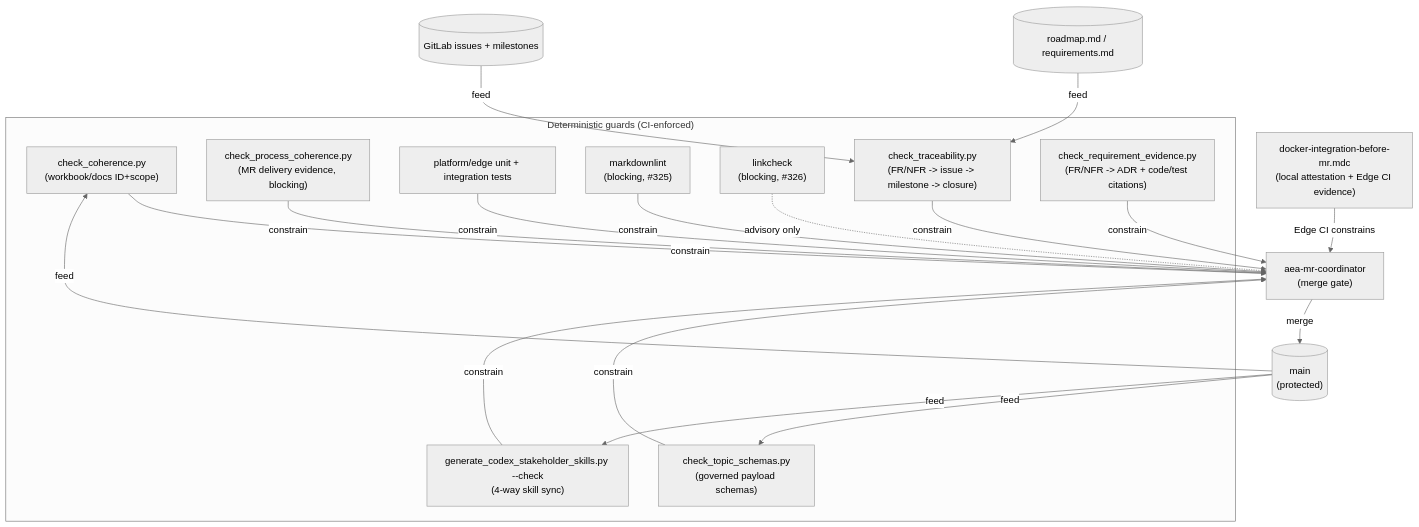
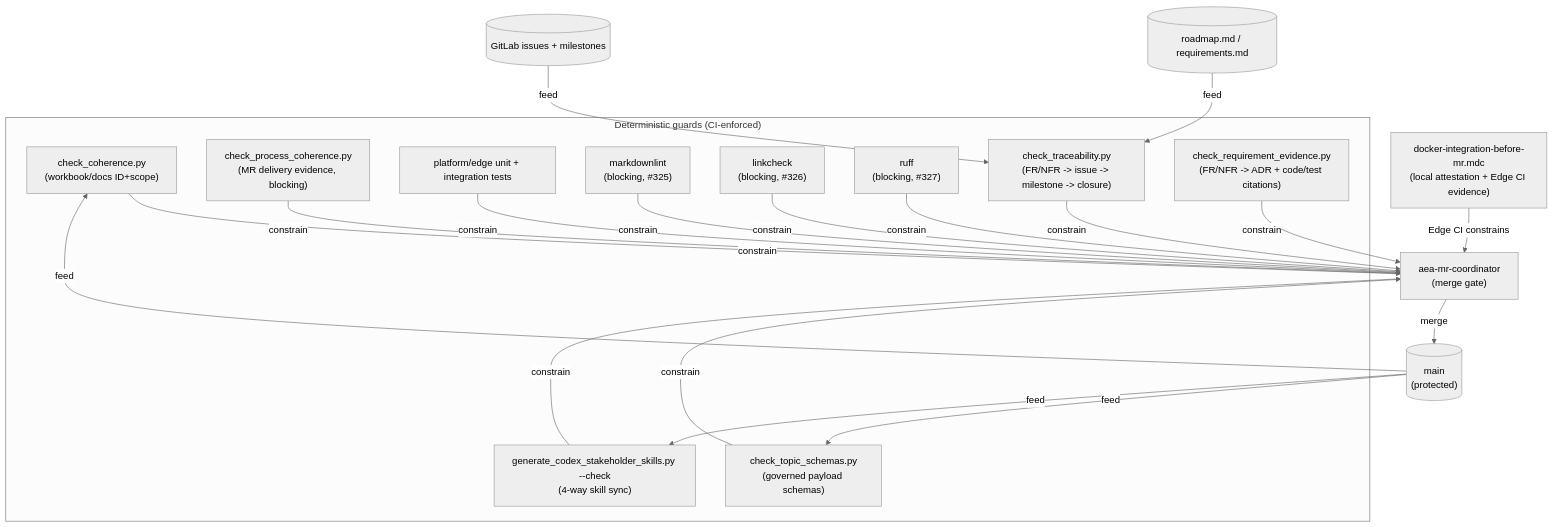
The first of 3 diagrams in research/loop-graph.md (artofdream/adaptive-experience), drawn with Mermaid (neutral theme) before and after one commit. The commit also changed other lines of this file and 25 other files, not shown here.

First line of the commit message:
ci: establish blocking Ruff baseline (#327)

````diff
--- a/research/loop-graph.md
+++ b/research/loop-graph.md
@@ -48,36 +48,38 @@
 ```mermaid
 flowchart TD
     subgraph guards["Deterministic guards (CI-enforced)"]
         CC["check_coherence.py<br/>(workbook/docs ID+scope)"]
         TS["check_topic_schemas.py<br/>(governed payload schemas)"]
         SS["generate_codex_stakeholder_skills.py --check<br/>(4-way skill sync)"]
         PC["check_process_coherence.py<br/>(MR delivery evidence, blocking)"]
         PU["platform/edge unit + integration tests"]
         LINT["markdownlint<br/>(blocking, #325)"]
         LINK["linkcheck<br/>(blocking, #326)"]
+        RUFF["ruff<br/>(blocking, #327)"]
         TRACE["check_traceability.py<br/>(FR/NFR -> issue -> milestone -> closure)"]
         EVIDENCE["check_requirement_evidence.py<br/>(FR/NFR -> ADR + code/test citations)"]
     end
     DOCKER["docker-integration-before-mr.mdc<br/>(local attestation + Edge CI evidence)"]
     MRC["aea-mr-coordinator<br/>(merge gate)"]
     MAIN[("main<br/>(protected)")]
     ROADMAP[("roadmap.md / requirements.md")]
     ISSUES[("GitLab issues + milestones")]
 
     CC -- constrain --> MRC
     TS -- constrain --> MRC
     SS -- constrain --> MRC
     PC -- constrain --> MRC
     PU -- constrain --> MRC
     LINT -- constrain --> MRC
-    LINK -. advisory only .-> MRC
+    LINK -- constrain --> MRC
+    RUFF -- constrain --> MRC
     DOCKER -- "Edge CI constrains" --> MRC
     ROADMAP -- feed --> TRACE
     ISSUES -- feed --> TRACE
     TRACE -- constrain --> MRC
     EVIDENCE -- constrain --> MRC
     MRC -- merge --> MAIN
     MAIN -- feed --> CC
     MAIN -- feed --> TS
     MAIN -- feed --> SS
 ```
````
